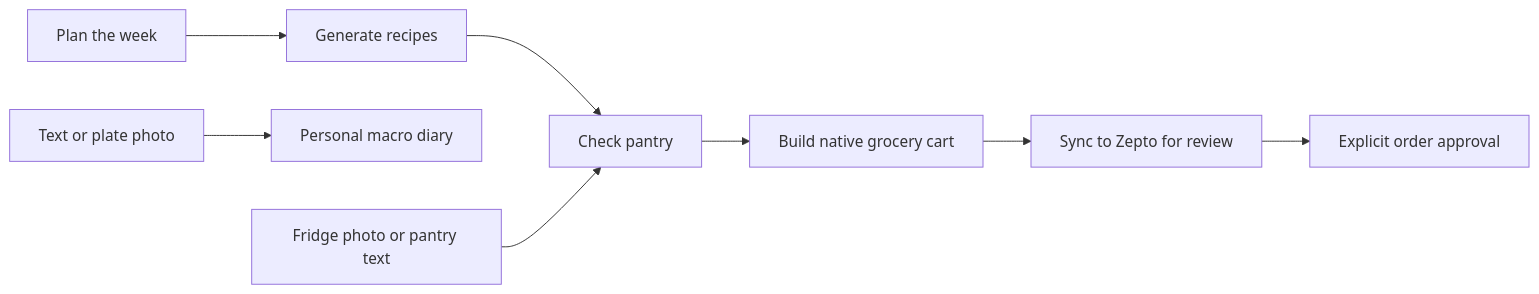
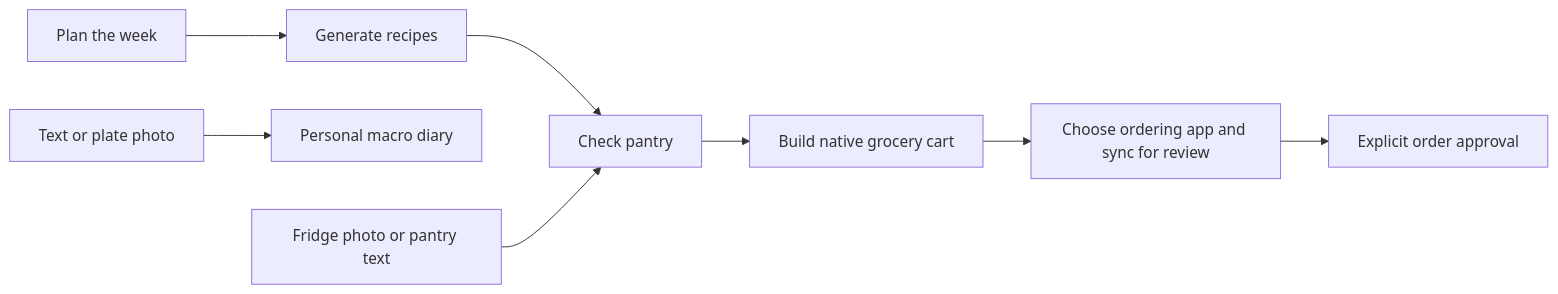
The first of 2 diagrams in README.md (architworks/meal_and_grocery_agent), drawn with Mermaid before and after one commit. The commit also changed other lines of this file and 5 other files, not shown here.

Commit message:
feat: update documentation for provider-neutral grocery workflow and Zepto integration

````diff
--- a/README.md
+++ b/README.md
@@ -25,11 +25,11 @@
 ```mermaid
 flowchart LR
     Plan[Plan the week] --> Recipe[Generate recipes]
     Recipe --> Pantry[Check pantry]
     Pantry --> Cart[Build native grocery cart]
-    Cart --> Zepto[Sync to Zepto for review]
-    Zepto --> Approval[Explicit order approval]
+    Cart --> Provider[Choose ordering app and sync for review]
+    Provider --> Approval[Explicit order approval]
 
     Intake[Text or plate photo] --> Macros[Personal macro diary]
     Fridge[Fridge photo or pantry text] --> Pantry
 ```
````
